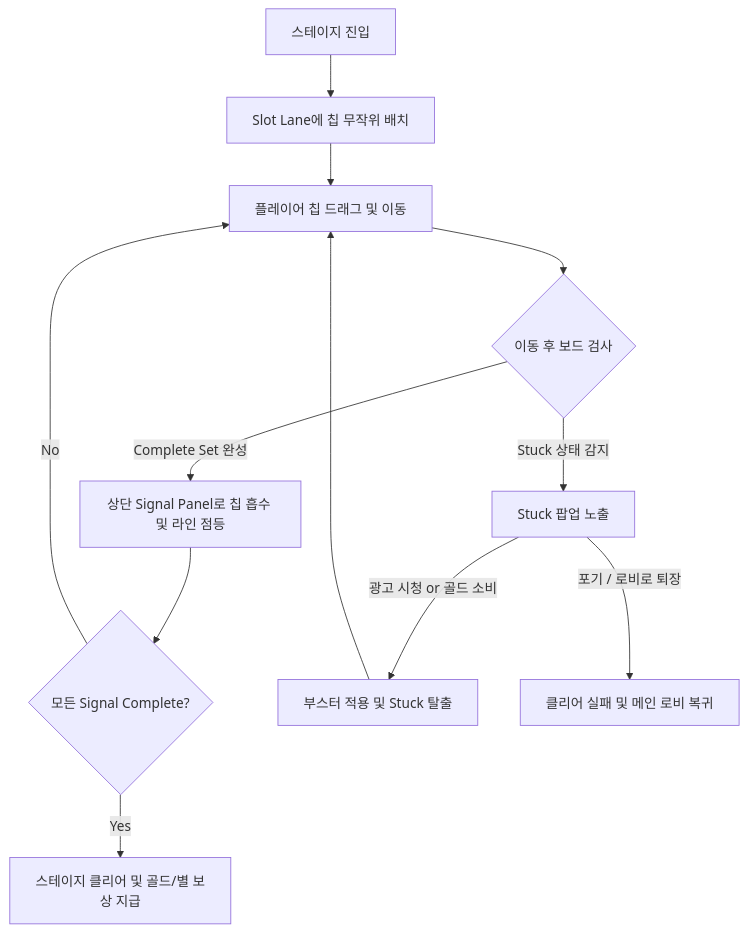
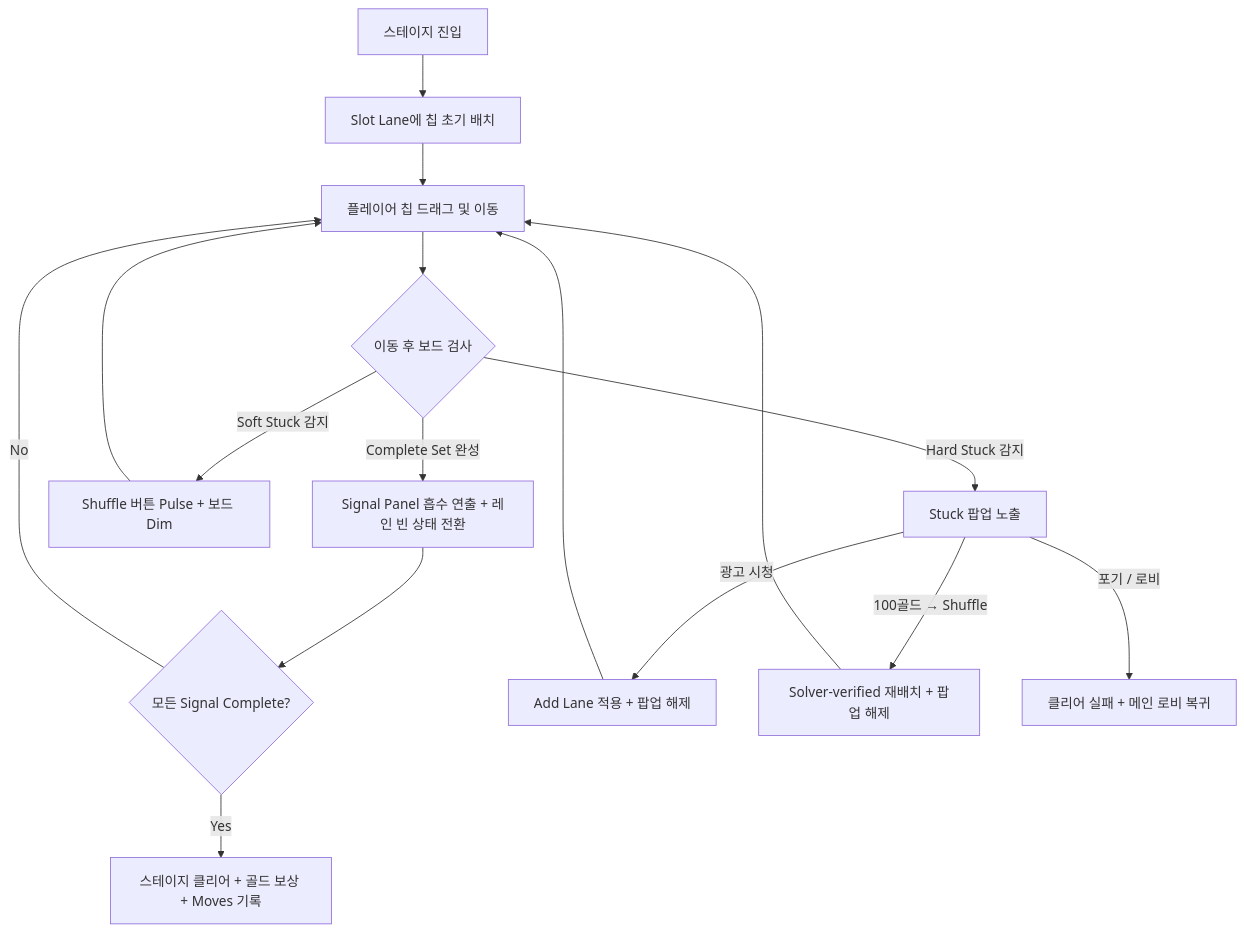
The diagram in docs/design/signal_sort_system_design_kr.md (madalang-games/project-fill), drawn with Mermaid before and after one commit. The commit also changed other lines of this file and 15 other files, not shown here.

````diff
--- a/docs/design/signal_sort_system_design_kr.md
+++ b/docs/design/signal_sort_system_design_kr.md
@@ -101,16 +122,21 @@
 ```mermaid
 graph TD
-    A[스테이지 진입] --> B[Slot Lane에 칩 무작위 배치]
+    A[스테이지 진입] --> B[Slot Lane에 칩 초기 배치]
     B --> C[플레이어 칩 드래그 및 이동]
     C --> D{이동 후 보드 검사}
-    
-    D -->|Complete Set 완성| E[상단 Signal Panel로 칩 흡수 및 라인 점등]
+
+    D -->|Complete Set 완성| E[Signal Panel 흡수 연출 + 레인 빈 상태 전환]
     E --> F{모든 Signal Complete?}
-    F -->|Yes| G[스테이지 클리어 및 골드/별 보상 지급]
+    F -->|Yes| G[스테이지 클리어 + 골드 보상 + Moves 기록]
     F -->|No| C
-    
-    D -->|Stuck 상태 감지| H[Stuck 팝업 노출]
-    H -->|광고 시청 or 골드 소비| I[부스터 적용 및 Stuck 탈출]
-    I --> C
-    H -->|포기 / 로비로 퇴장| J[클리어 실패 및 메인 로비 복귀]
+
+    D -->|Soft Stuck 감지| H[Shuffle 버튼 Pulse + 보드 Dim]
+    H --> C
+
+    D -->|Hard Stuck 감지| I[Stuck 팝업 노출]
+    I -->|광고 시청| J[Add Lane 적용 + 팝업 해제]
+    I -->|100골드 → Shuffle| K[Solver-verified 재배치 + 팝업 해제]
+    J --> C
+    K --> C
+    I -->|포기 / 로비| L[클리어 실패 + 메인 로비 복귀]
 ```
````
